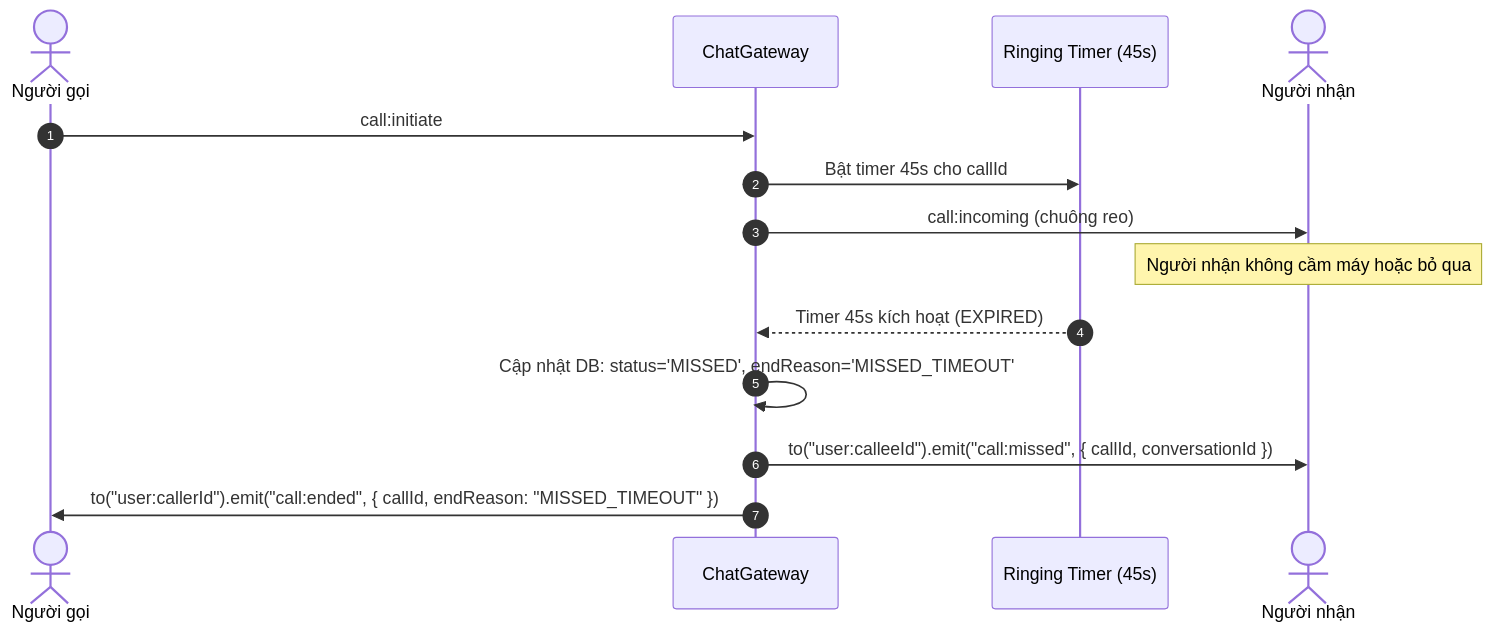
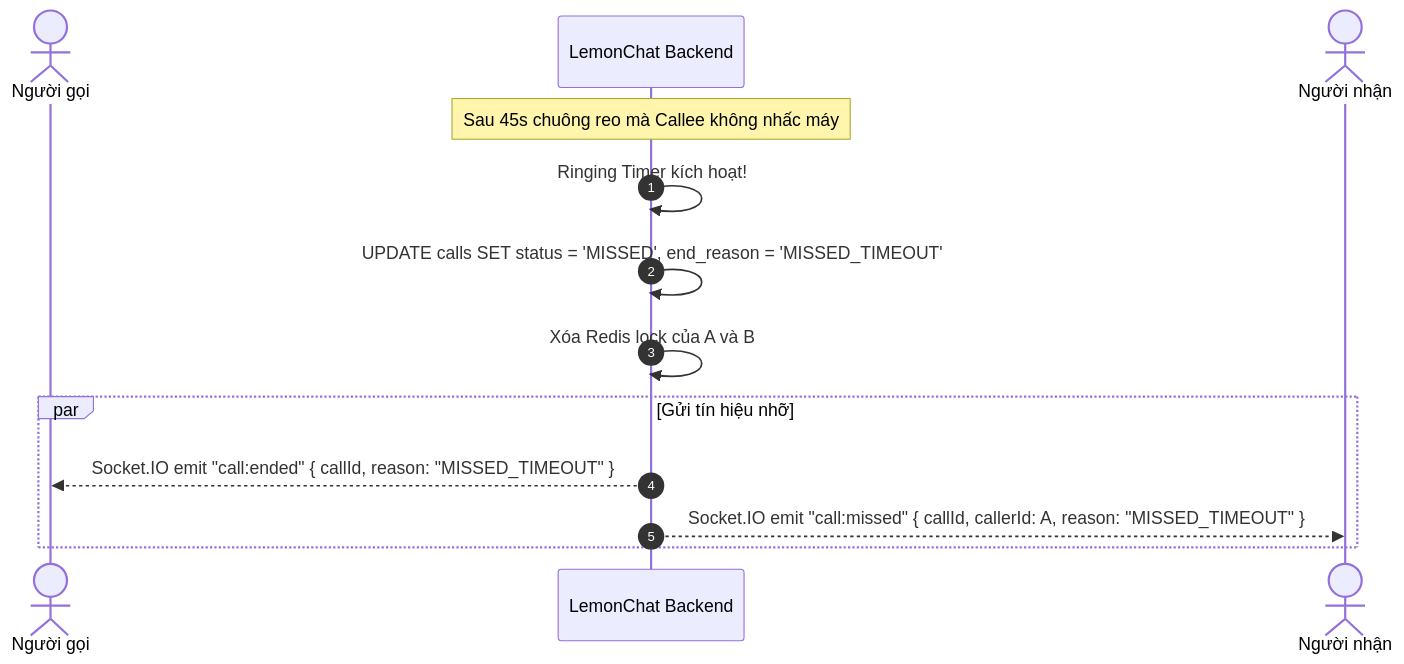
Before and after one commit to chanh-group/docs: the fourth of 6 diagrams in WebRTC_Call_Dev_GUIDE.md, drawn with Mermaid. The commit also changed other lines of this file, not shown here.

Commit message:
docs(call): transition architecture specification from P2P to LiveKit SFU

````diff
--- a/WebRTC_Call_Dev_GUIDE.md
+++ b/WebRTC_Call_Dev_GUIDE.md
@@ -310,17 +280,16 @@
 ```mermaid
 sequenceDiagram
     autonumber
-    actor Caller as Người gọi
-    participant GW as ChatGateway
-    participant Timer as Ringing Timer (45s)
-    actor Callee as Người nhận
+    actor A as Người gọi
+    participant BE as LemonChat Backend
+    actor B as Người nhận
 
-    Caller->>GW: call:initiate
-    GW->>Timer: Bật timer 45s cho callId
-    GW->>Callee: call:incoming (chuông reo)
-    Note over Callee: Người nhận không cầm máy hoặc bỏ qua
-    Timer-->>GW: Timer 45s kích hoạt (EXPIRED)
-    GW->>GW: Cập nhật DB: status='MISSED', endReason='MISSED_TIMEOUT'
-    GW->>Callee: to("user:calleeId").emit("call:missed", { callId, conversationId })
-    GW->>Caller: to("user:callerId").emit("call:ended", { callId, endReason: "MISSED_TIMEOUT" })
+    Note over BE: Sau 45s chuông reo mà Callee không nhấc máy
+    BE->>BE: Ringing Timer kích hoạt!
+    BE->>BE: UPDATE calls SET status = 'MISSED', end_reason = 'MISSED_TIMEOUT'
+    BE->>BE: Xóa Redis lock của A và B
+    par Gửi tín hiệu nhỡ
+        BE-->>A: Socket.IO emit "call:ended" { callId, reason: "MISSED_TIMEOUT" }
+        BE-->>B: Socket.IO emit "call:missed" { callId, callerId: A, reason: "MISSED_TIMEOUT" }
+    end
 ```
````
